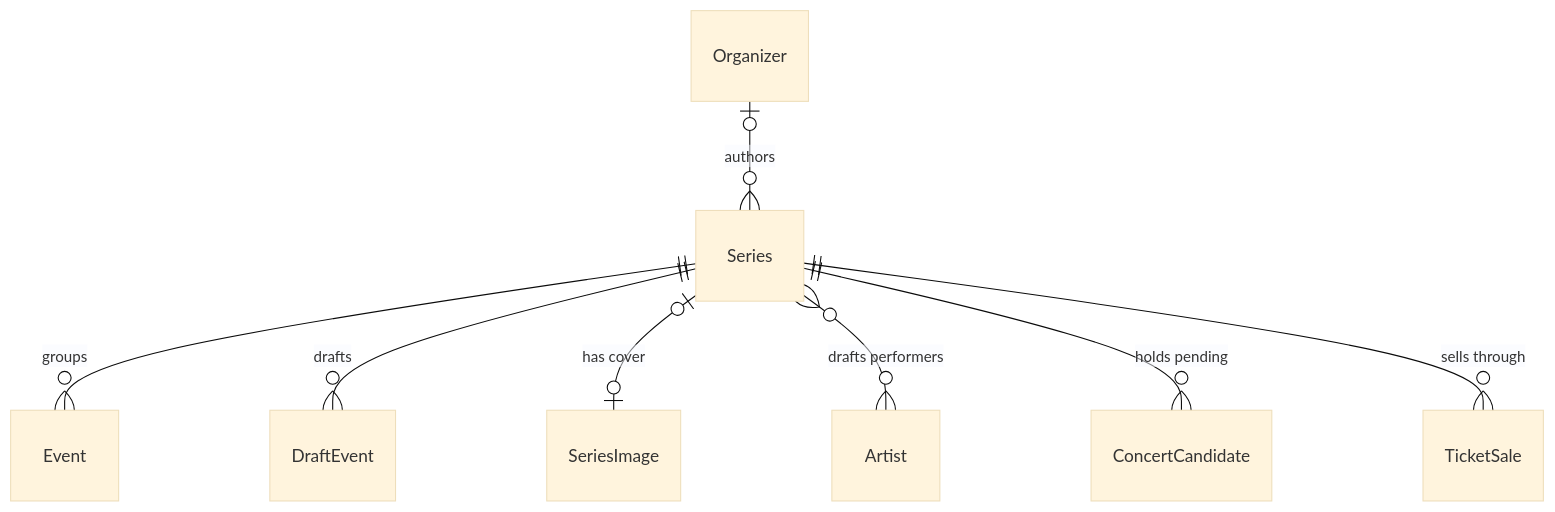
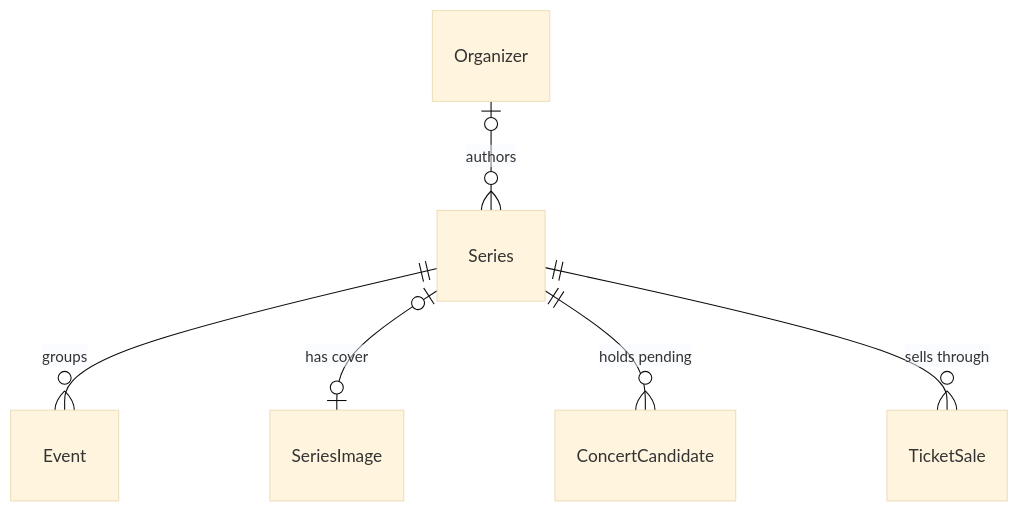
The diagram in openspec/specs/components/entity/series/spec.md (liverty-music/specification), drawn with Mermaid (base theme) before and after one commit. The commit also changed other lines of this file and 58 other files, not shown here.

````diff
--- a/openspec/specs/components/entity/series/spec.md
+++ b/openspec/specs/components/entity/series/spec.md
@@ -22,10 +19,8 @@
 ```mermaid
 erDiagram
   Series ||--o{ Event : "groups"
-  Series ||--o{ DraftEvent : "drafts"
   Organizer |o--o{ Series : "authors"
   Series |o--o| SeriesImage : "has cover"
-  Series }o--o{ Artist : "drafts performers"
   Series ||--o{ ConcertCandidate : "holds pending"
   Series ||--o{ TicketSale : "sells through"
 ```
````
